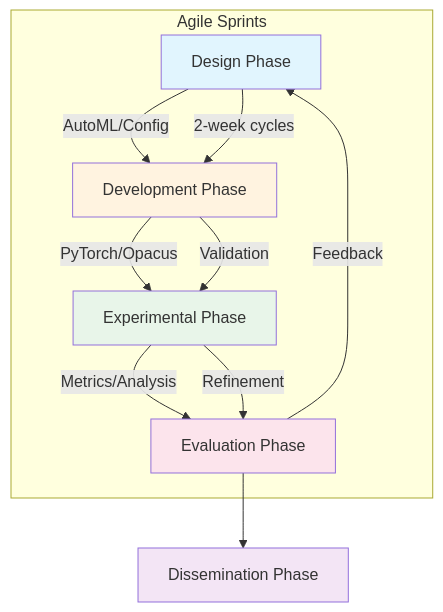
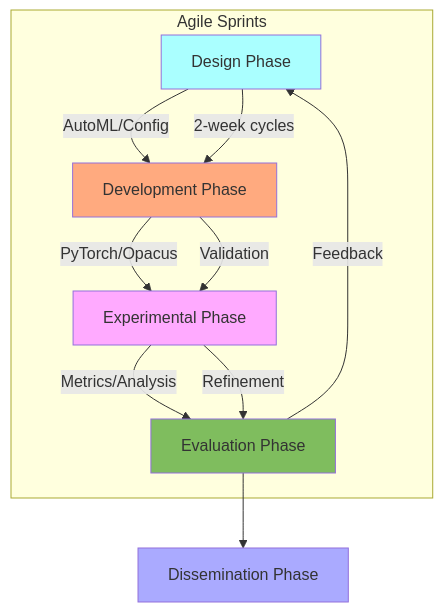
The diagram in docs/DevelopmentMethodology.md (skye-cyber/ARCH-FL), drawn with Mermaid before and after one commit.

Commit message:
update diagram colors

````diff
--- a/docs/DevelopmentMethodology.md
+++ b/docs/DevelopmentMethodology.md
@@ -5,20 +5,20 @@
 ```mermaid
 graph TD
     A[Design Phase] -->|AutoML/Config| B[Development Phase]
     B -->|PyTorch/Opacus| C[Experimental Phase]
     C -->|Metrics/Analysis| D[Evaluation Phase]
     D -->|Feedback| A
     D --> E[Dissemination Phase]
 
     subgraph Agile Sprints
         A -->|2-week cycles| B
         B -->|Validation| C
         C -->|Refinement| D
     end
 
-    style A fill:#e1f5fe
-    style B fill:#fff3e0
-    style C fill:#e8f5e9
-    style D fill:#fce4ec
-    style E fill:#f3e5f5
+    style A fill:#aaffff
+    style B fill:#ffaa7f
+    style C fill:#ffaaff
+    style D fill:#7fbd5e
+    style E fill:#aaaaff
 ```
````
